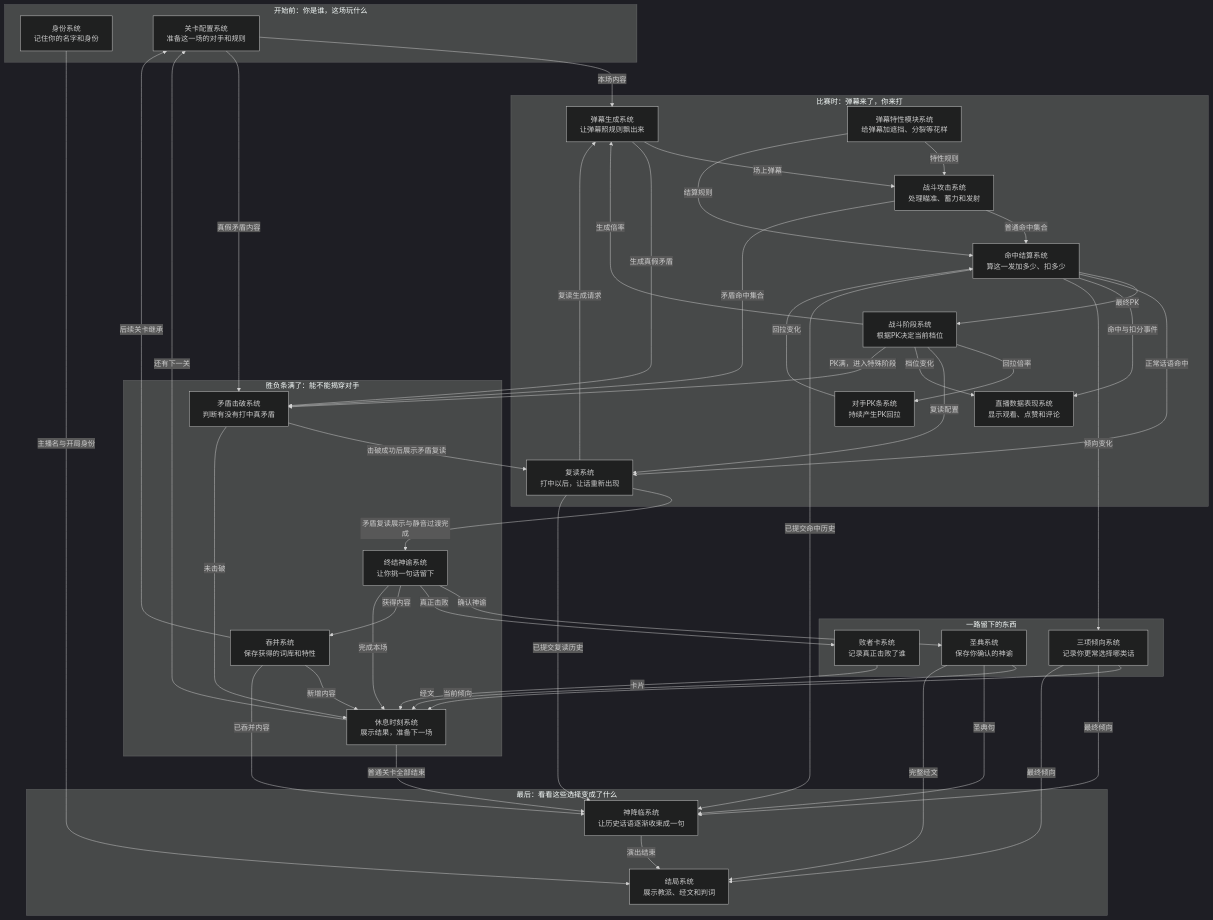
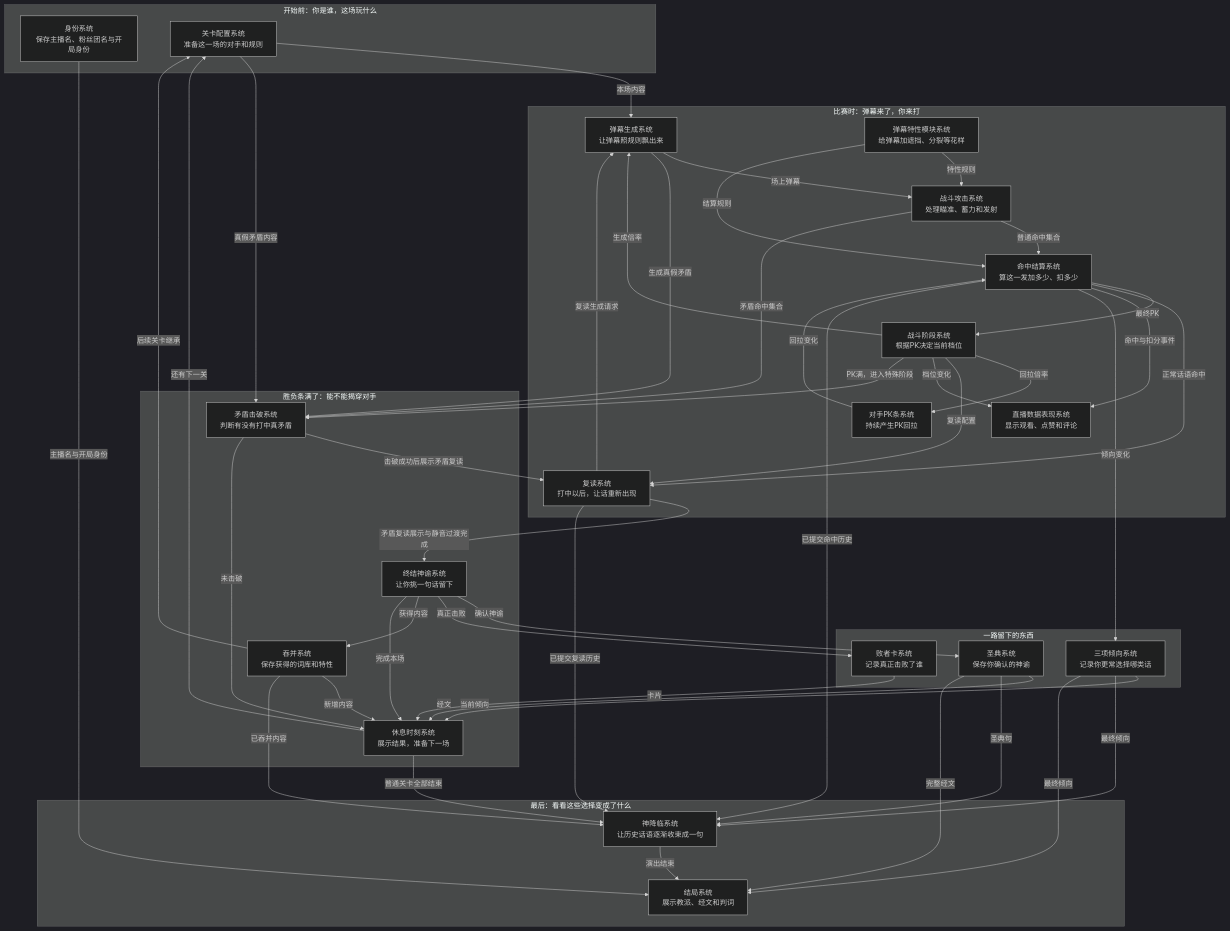
The diagram in docs/System_Collaboration.md (leetrav/Empty-start), drawn with Mermaid (dark theme) before and after one commit. The commit also changed other lines of this file and 8 other files, not shown here.

````diff
--- a/docs/System_Collaboration.md
+++ b/docs/System_Collaboration.md
@@ -662,7 +662,7 @@
 ```mermaid
 flowchart TD
     subgraph SETUP["开始前：你是谁，这场玩什么"]
-        ID["身份系统<br/>记住你的名字和身份"]
+        ID["身份系统<br/>保存主播名、粉丝团名与开局身份"]
         LEVEL["关卡配置系统<br/>准备这一场的对手和规则"]
     end
 
````
